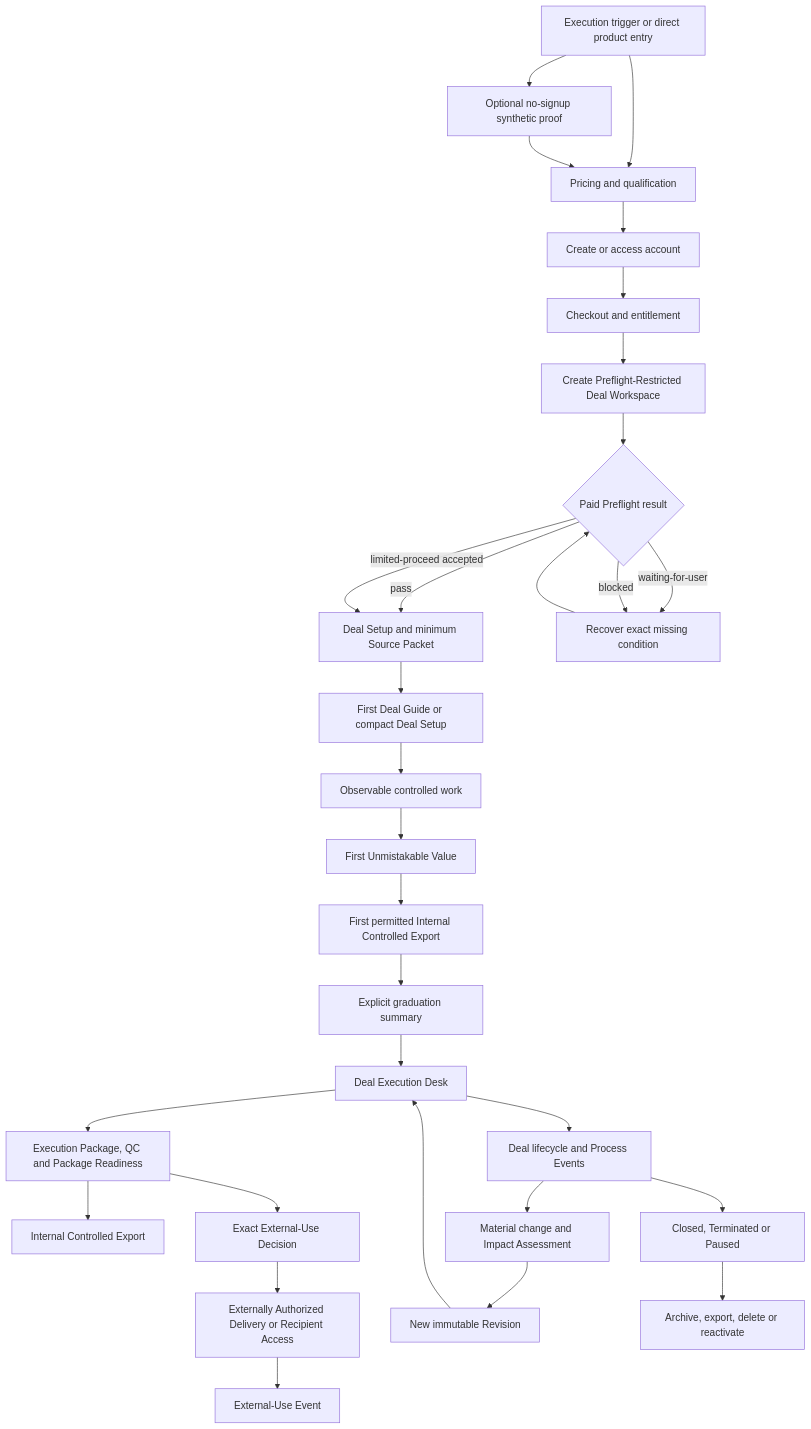
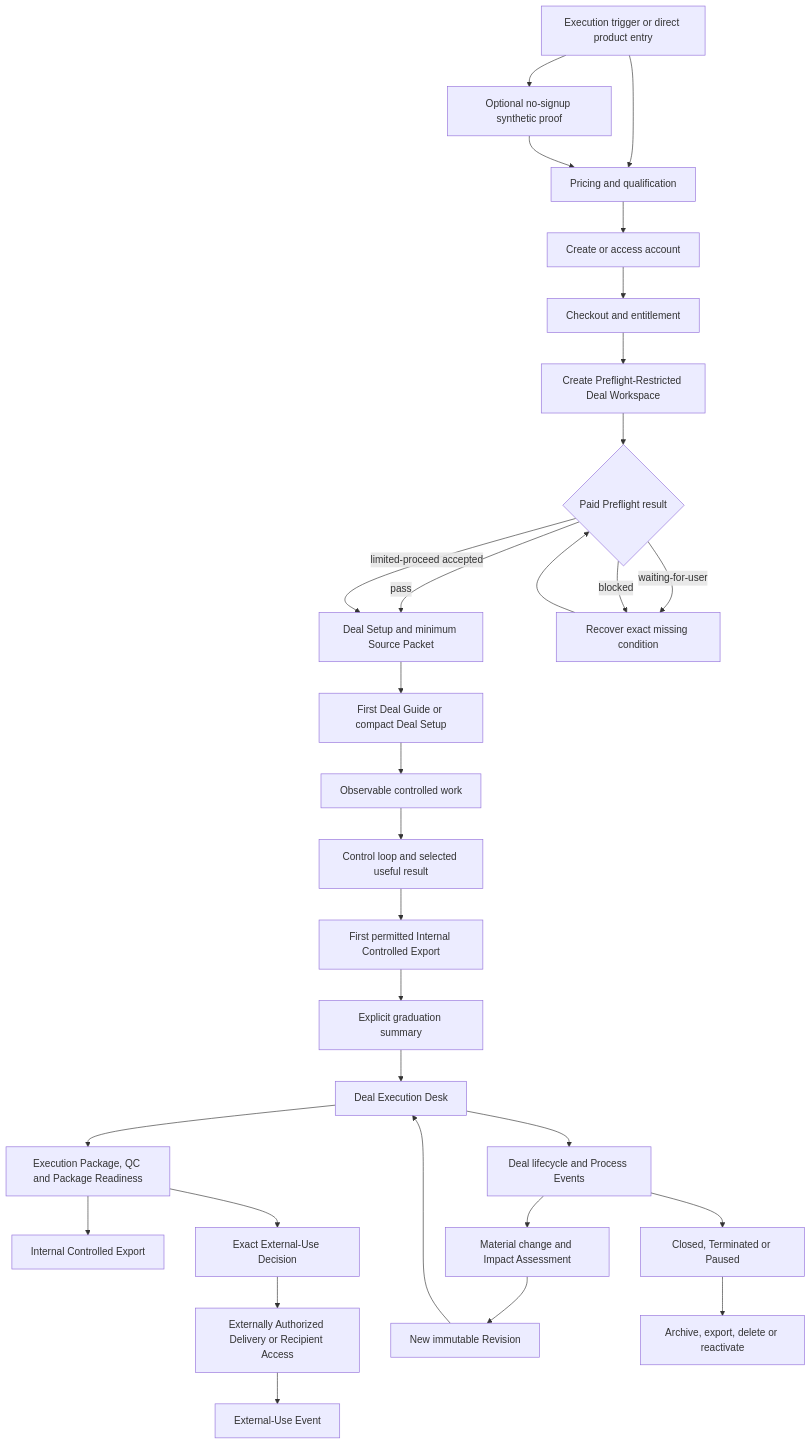
Before and after one commit to lucien0229/InvestmentBanking: the first of 5 diagrams in docs/ux/user-flow.md, drawn with Mermaid. The commit also changed other lines of this file and 33 other files, not shown here.

````diff
--- a/docs/ux/user-flow.md
+++ b/docs/ux/user-flow.md
@@ -70,32 +72,32 @@
 ```mermaid
 flowchart TD
     E["Execution trigger or direct product entry"] --> P["Optional no-signup synthetic proof"]
     E --> Q["Pricing and qualification"]
     P --> Q
     Q --> A["Create or access account"]
     A --> C["Checkout and entitlement"]
     C --> D["Create Preflight-Restricted Deal Workspace"]
     D --> PF{"Paid Preflight result"}
     PF -->|pass| S["Deal Setup and minimum Source Packet"]
     PF -->|limited-proceed accepted| S
     PF -->|waiting-for-user| R["Recover exact missing condition"]
     PF -->|blocked| R
     R --> PF
     S --> G["First Deal Guide or compact Deal Setup"]
     G --> W["Observable controlled work"]
-    W --> V["First Unmistakable Value"]
+    W --> V["Control loop and selected useful result"]
     V --> IE0["First permitted Internal Controlled Export"]
     IE0 --> X["Explicit graduation summary"]
     X --> B["Deal Execution Desk"]
     B --> K["Execution Package, QC and Package Readiness"]
     K --> IE["Internal Controlled Export"]
     K --> EU["Exact External-Use Decision"]
     EU --> ED["Externally Authorized Delivery or Recipient Access"]
     ED --> UE["External-Use Event"]
     B --> L["Deal lifecycle and Process Events"]
     L --> M["Material change and Impact Assessment"]
     M --> NR["New immutable Revision"]
     NR --> B
     L --> T["Closed, Terminated or Paused"]
     T --> AR["Archive, export, delete or reactivate"]
 ```
````
